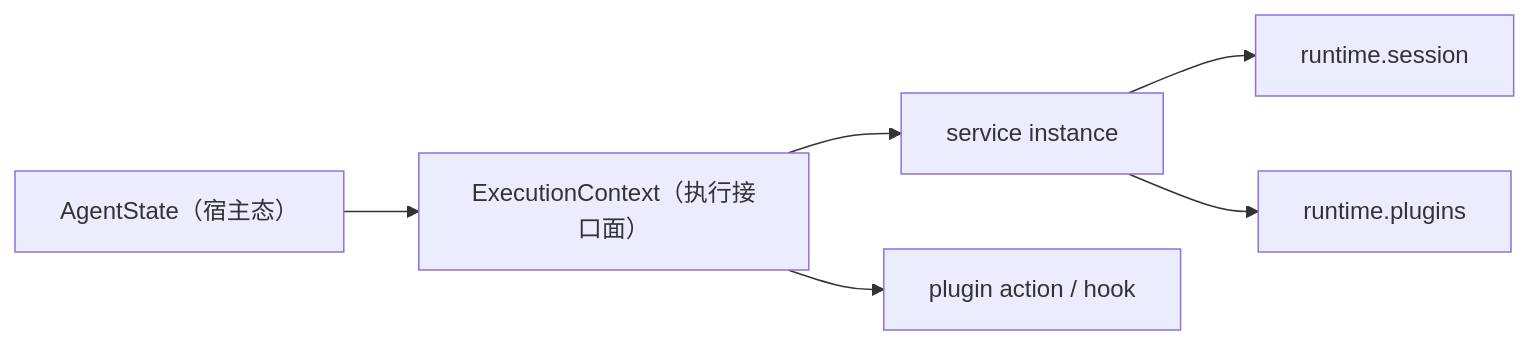
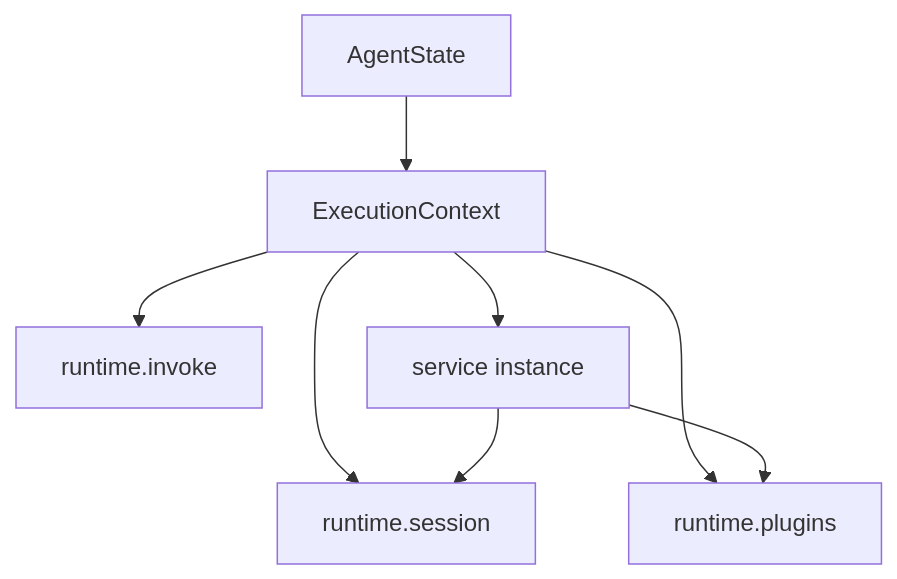
The fourth of 5 diagrams in devdocs/service-and-plugin.md (wangenius/downcity), drawn with Mermaid before and after one commit. The commit also changed other lines of this file and 123 other files, not shown here.

````diff
--- a/devdocs/service-and-plugin.md
+++ b/devdocs/service-and-plugin.md
@@ -223,8 +302,10 @@
 ```mermaid
-flowchart LR
-  Agent["AgentState（宿主态）"] --> Runtime["ExecutionContext（执行接口面）"]
-  Runtime --> Service["service instance"]
-  Runtime --> Plugin["plugin action / hook"]
-  Service --> Session["runtime.session"]
-  Service --> Plugins["runtime.plugins"]
+flowchart TD
+  AGENT["AgentState"] --> CTX["ExecutionContext"]
+  CTX --> SESSION["runtime.session"]
+  CTX --> INVOKE["runtime.invoke"]
+  CTX --> PLUGINS["runtime.plugins"]
+  CTX --> SERVICE["service instance"]
+  SERVICE --> PLUGINS
+  SERVICE --> SESSION
 ```
````
